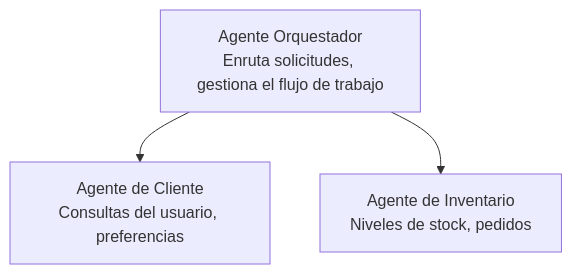
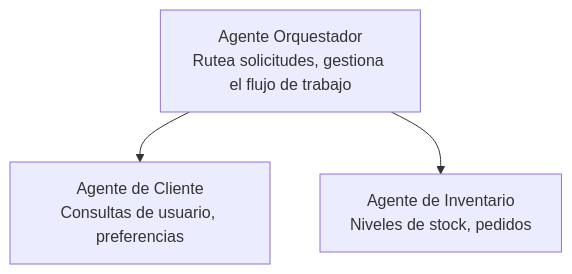
Before and after one commit to microsoft/AZD-for-beginners: the diagram in translations/es/docs/chapter-05-multi-agent/README.md, drawn with Mermaid. The commit also changed other lines of this file and 61 other files, not shown here.

````diff
--- a/translations/es/docs/chapter-05-multi-agent/README.md
+++ b/translations/es/docs/chapter-05-multi-agent/README.md
@@ -54,5 +54,5 @@
 ```mermaid
 graph TD
-    Orchestrator[Agente Orquestador<br/>Enruta solicitudes, gestiona el flujo de trabajo] --> Customer[Agente de Cliente<br/>Consultas del usuario, preferencias]
+    Orchestrator[Agente Orquestador<br/>Rutea solicitudes, gestiona el flujo de trabajo] --> Customer[Agente de Cliente<br/>Consultas de usuario, preferencias]
     Orchestrator --> Inventory[Agente de Inventario<br/>Niveles de stock, pedidos]
 ```
````
